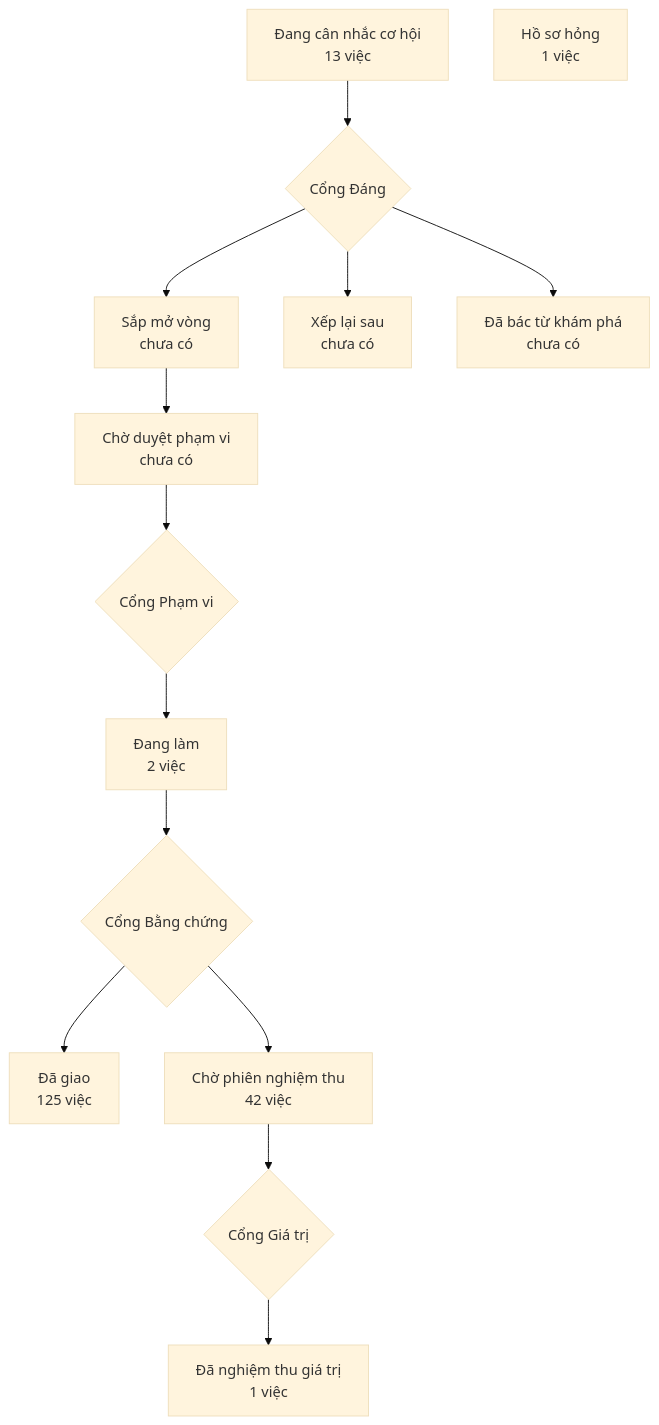
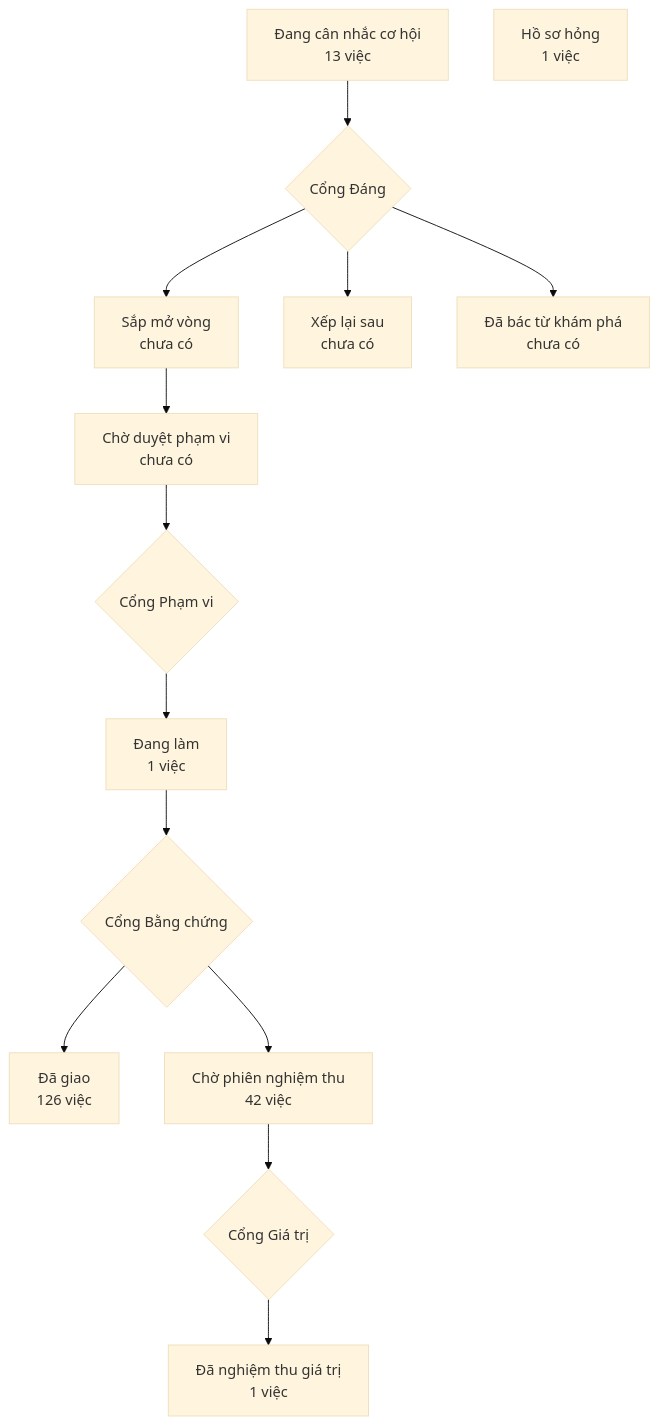
The diagram in PRODUCT-MAP.md (phanlemanh/crm-onehub), drawn with Mermaid (base theme) before and after one commit. The commit also changed 3 other files, not shown here.

````diff
--- a/PRODUCT-MAP.md
+++ b/PRODUCT-MAP.md
@@ -7,13 +7,13 @@
 ```mermaid
 flowchart TD
   A["Đang cân nhắc cơ hội<br/>13 việc"] --> GD{"Cổng Đáng"}
   GD --> B["Sắp mở vòng<br/>chưa có"]
   GD --> XL["Xếp lại sau<br/>chưa có"]
   GD --> DB["Đã bác từ khám phá<br/>chưa có"]
   B --> CD["Chờ duyệt phạm vi<br/>chưa có"] --> GP{"Cổng Phạm vi"}
-  GP --> DL["Đang làm<br/>2 việc"] --> GB{"Cổng Bằng chứng"}
-  GB --> DG["Đã giao<br/>125 việc"]
+  GP --> DL["Đang làm<br/>1 việc"] --> GB{"Cổng Bằng chứng"}
+  GB --> DG["Đã giao<br/>126 việc"]
   GB --> CN["Chờ phiên nghiệm thu<br/>42 việc"] --> GG{"Cổng Giá trị"}
   GG --> NT["Đã nghiệm thu giá trị<br/>1 việc"]
   HS["Hồ sơ hỏng<br/>1 việc"]
 ```
````
